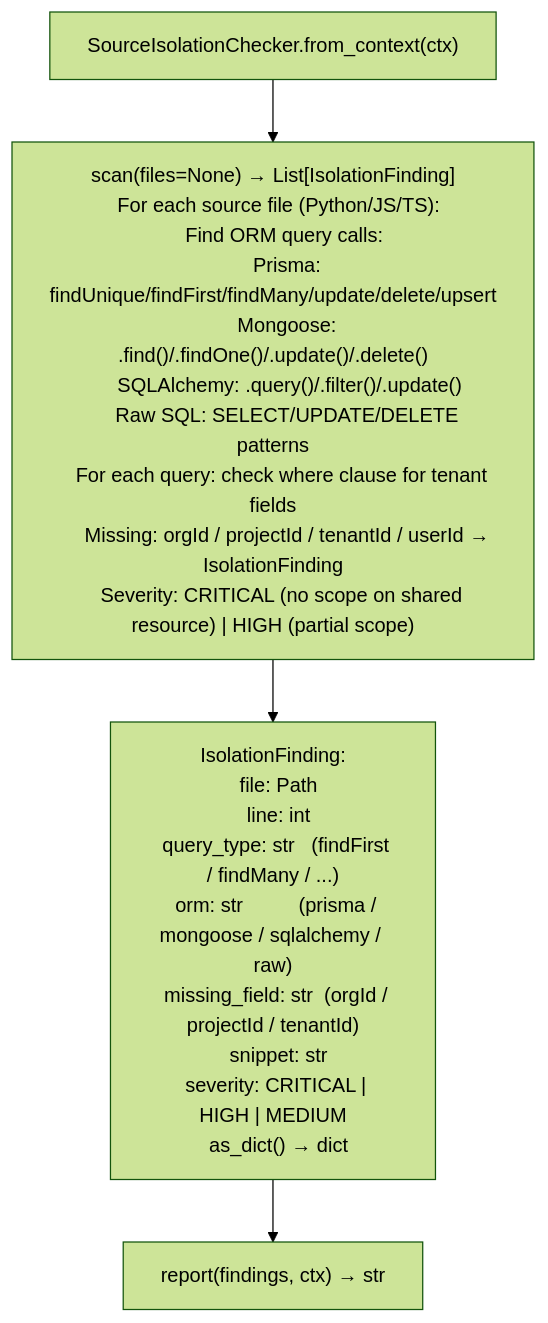
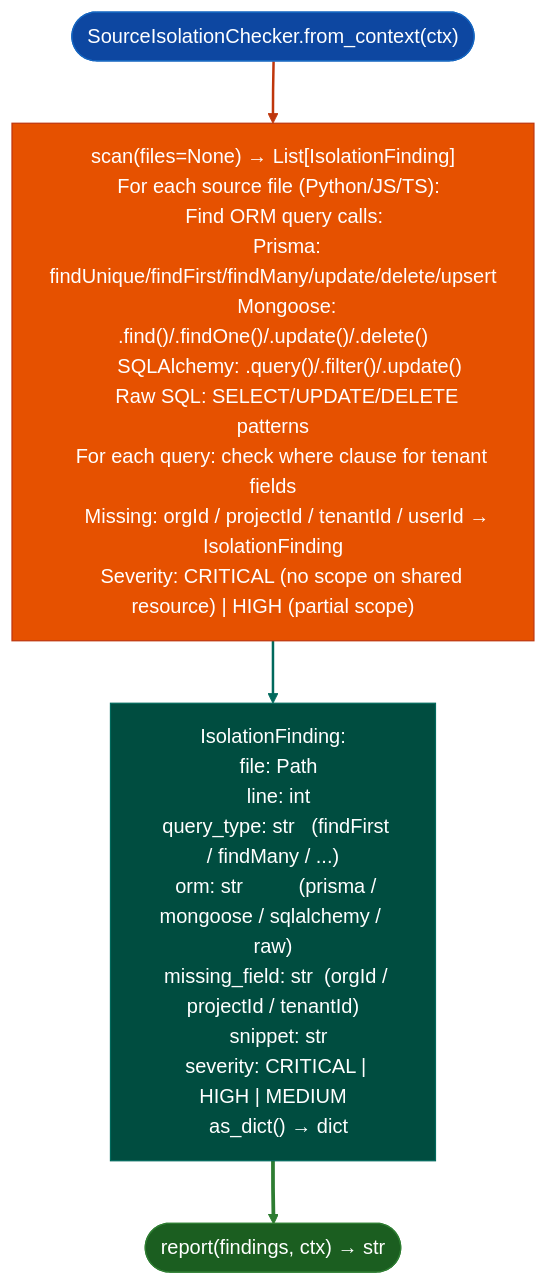
One commit to Ablation-Tool/ablation changed the diagram in docs/reference-modules/container-isolation-escape-surface.md. Above: the diagram before and after it, drawn with Mermaid (forest theme). The commit also changed 320 other files, not shown here.

First line of the commit message:
docs: apply canonical Mermaid template to all 321 diagrams

````diff
--- a/docs/reference-modules/container-isolation-escape-surface.md
+++ b/docs/reference-modules/container-isolation-escape-surface.md
@@ -19,6 +19,15 @@
 ```mermaid
 flowchart TD
-    A["SourceIsolationChecker.from_context(ctx)"] --> B["scan(files=None) → List[IsolationFinding]\n  For each source file (Python/JS/TS):\n    Find ORM query calls:\n      Prisma: findUnique/findFirst/findMany/update/delete/upsert\n      Mongoose: .find()/.findOne()/.update()/.delete()\n      SQLAlchemy: .query()/.filter()/.update()\n      Raw SQL: SELECT/UPDATE/DELETE patterns\n    For each query: check where clause for tenant fields\n      Missing: orgId / projectId / tenantId / userId → IsolationFinding\n    Severity: CRITICAL (no scope on shared resource) | HIGH (partial scope)"]
-    B --> C["IsolationFinding:\n  file: Path\n  line: int\n  query_type: str   (findFirst / findMany / ...)\n  orm: str          (prisma / mongoose / sqlalchemy / raw)\n  missing_field: str  (orgId / projectId / tenantId)\n  snippet: str\n  severity: CRITICAL | HIGH | MEDIUM\n  as_dict() → dict"]
-    C --> D["report(findings, ctx) → str"]
+    A(["SourceIsolationChecker.from_context(ctx)"]):::input --> B["scan(files=None) → List[IsolationFinding]\n  For each source file (Python/JS/TS):\n    Find ORM query calls:\n      Prisma: findUnique/findFirst/findMany/update/delete/upsert\n      Mongoose: .find()/.findOne()/.update()/.delete()\n      SQLAlchemy: .query()/.filter()/.update()\n      Raw SQL: SELECT/UPDATE/DELETE patterns\n    For each query: check where clause for tenant fields\n      Missing: orgId / projectId / tenantId / userId → IsolationFinding\n    Severity: CRITICAL (no scope on shared resource) | HIGH (partial scope)"]:::primary
+    B:::primary --> C["IsolationFinding:\n  file: Path\n  line: int\n  query_type: str   (findFirst / findMany / ...)\n  orm: str          (prisma / mongoose / sqlalchemy / raw)\n  missing_field: str  (orgId / projectId / tenantId)\n  snippet: str\n  severity: CRITICAL | HIGH | MEDIUM\n  as_dict() → dict"]:::secondary
+    C:::secondary --> D(["report(findings, ctx) → str"]):::output
+    classDef input     fill:#0d47a1,stroke:#1565c0,color:#fff
+    classDef primary   fill:#e65100,stroke:#bf360c,color:#fff
+    classDef secondary fill:#004d40,stroke:#00695c,color:#fff
+    classDef tertiary  fill:#4a148c,stroke:#6a1b9a,color:#fff
+    classDef neutral   fill:#37474f,stroke:#546e7a,color:#fff
+    classDef output    fill:#1b5e20,stroke:#2e7d32,color:#fff
+    linkStyle 0 stroke:#bf360c,stroke-width:2px
+    linkStyle 1 stroke:#00695c,stroke-width:2px
+    linkStyle 2 stroke:#2e7d32,stroke-width:3px
 ```
````
